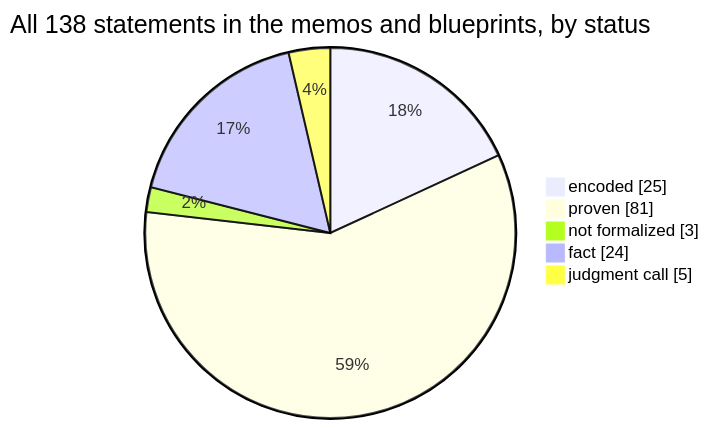
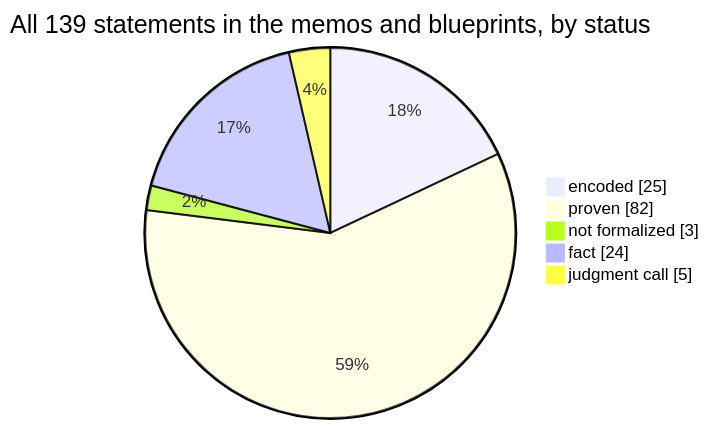
The first of 4 diagrams in docs/graphs/dashboard.md (SeanWMurray/Canteen), drawn with Mermaid before and after one commit. The commit also changed other lines of this file and 20 other files, not shown here.

````diff
--- a/docs/graphs/dashboard.md
+++ b/docs/graphs/dashboard.md
@@ -11,8 +11,8 @@
 ```mermaid
-pie showData title All 138 statements in the memos and blueprints, by status
+pie showData title All 139 statements in the memos and blueprints, by status
     "encoded" : 25
-    "proven" : 81
+    "proven" : 82
     "not formalized" : 3
     "fact" : 24
     "judgment call" : 5
 ```
````
